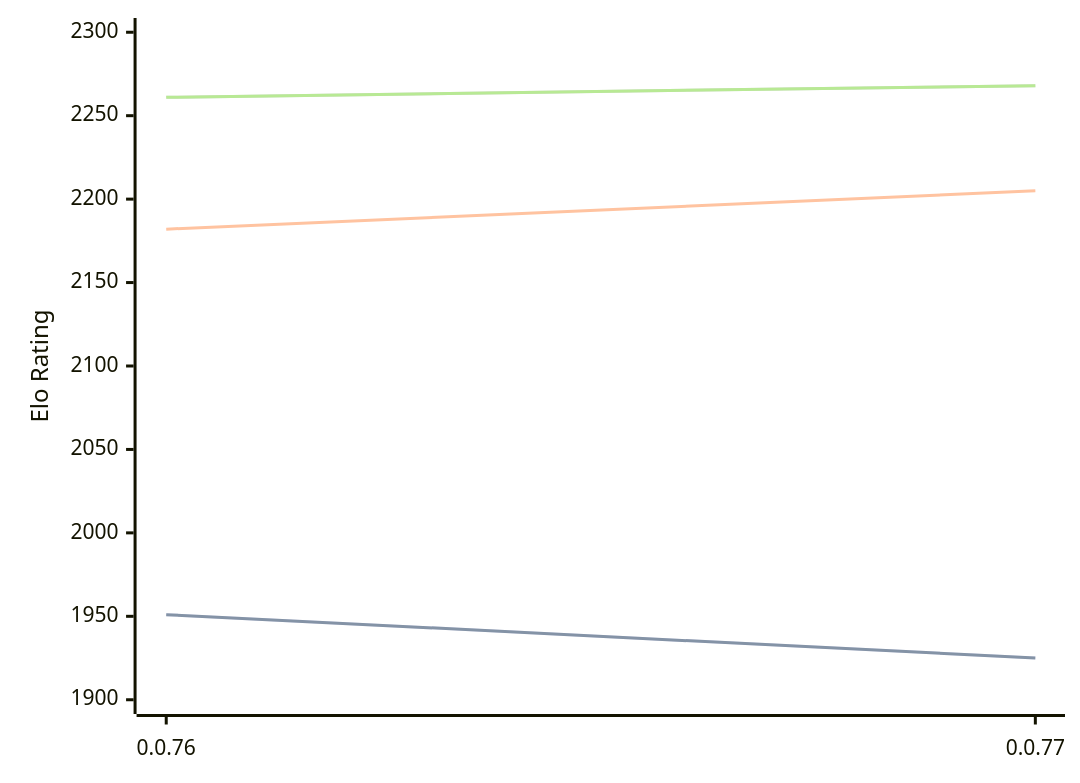
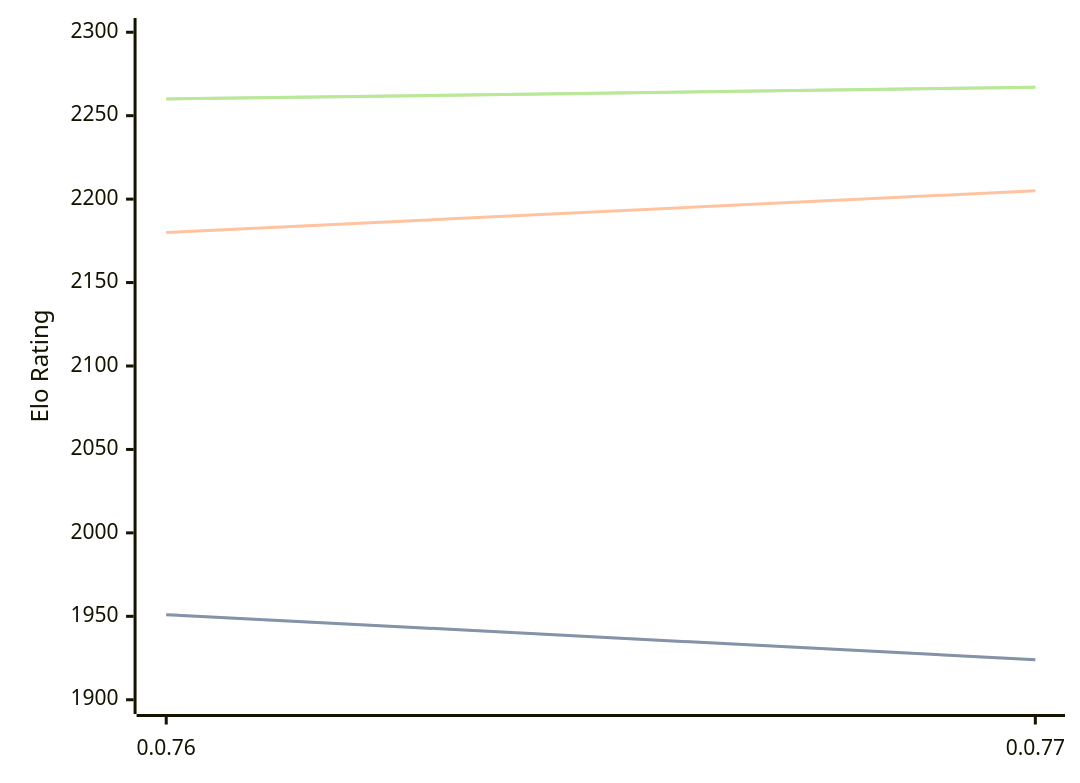
One commit to computer-chess-index/cci changed the diagram in engines/Fktb.md. Above: the diagram before and after it, drawn with Mermaid. The commit also changed other lines of this file, not shown here.

Commit message:
Update CCI Ratings (ELO VLTC) - 2026-02-14

````diff
--- a/engines/Fktb.md
+++ b/engines/Fktb.md
@@ -29,11 +29,11 @@
 ```mermaid
 %%{init: {"theme":"base","themeVariables":{"seriesColors:['#a3a3a3','#222221','#faa371']}}}%%
 xychart-beta
   x-axis ["0.0.76", "0.0.77"]
   y-axis "Elo Rating" 1900 --> 2300
-  line "STC (8.0+0.08s)" [1951, 1925]
-  line "STC (8.0+0.08s)" [1951, 1925]
-  line "LTC (60.0+0.60s)" [2182, 2205]
-  line "VLTC (2m24s+1.12s)" [2261, 2268]
-  line "VLTC (2m24s+1.12s)" [2261, 2268]
+  line "STC (8.0+0.08s)" [1951, 1924]
+  line "STC (8.0+0.08s)" [1951, 1924]
+  line "LTC (60.0+0.60s)" [2180, 2205]
+  line "VLTC (2m24s+1.12s)" [2260, 2267]
+  line "VLTC (2m24s+1.12s)" [2260, 2267]
 ```
````
